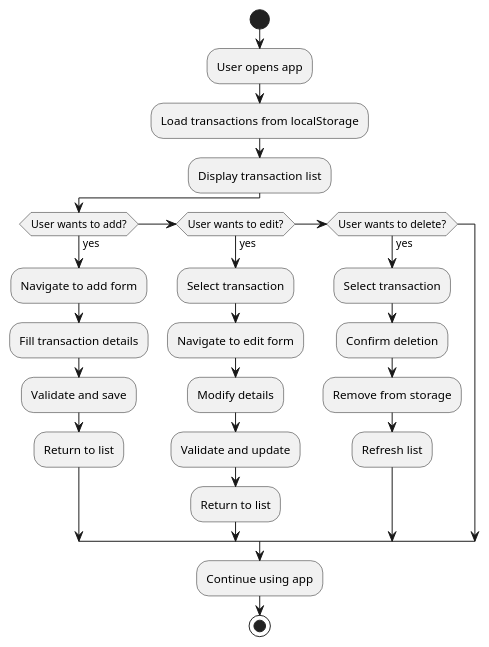
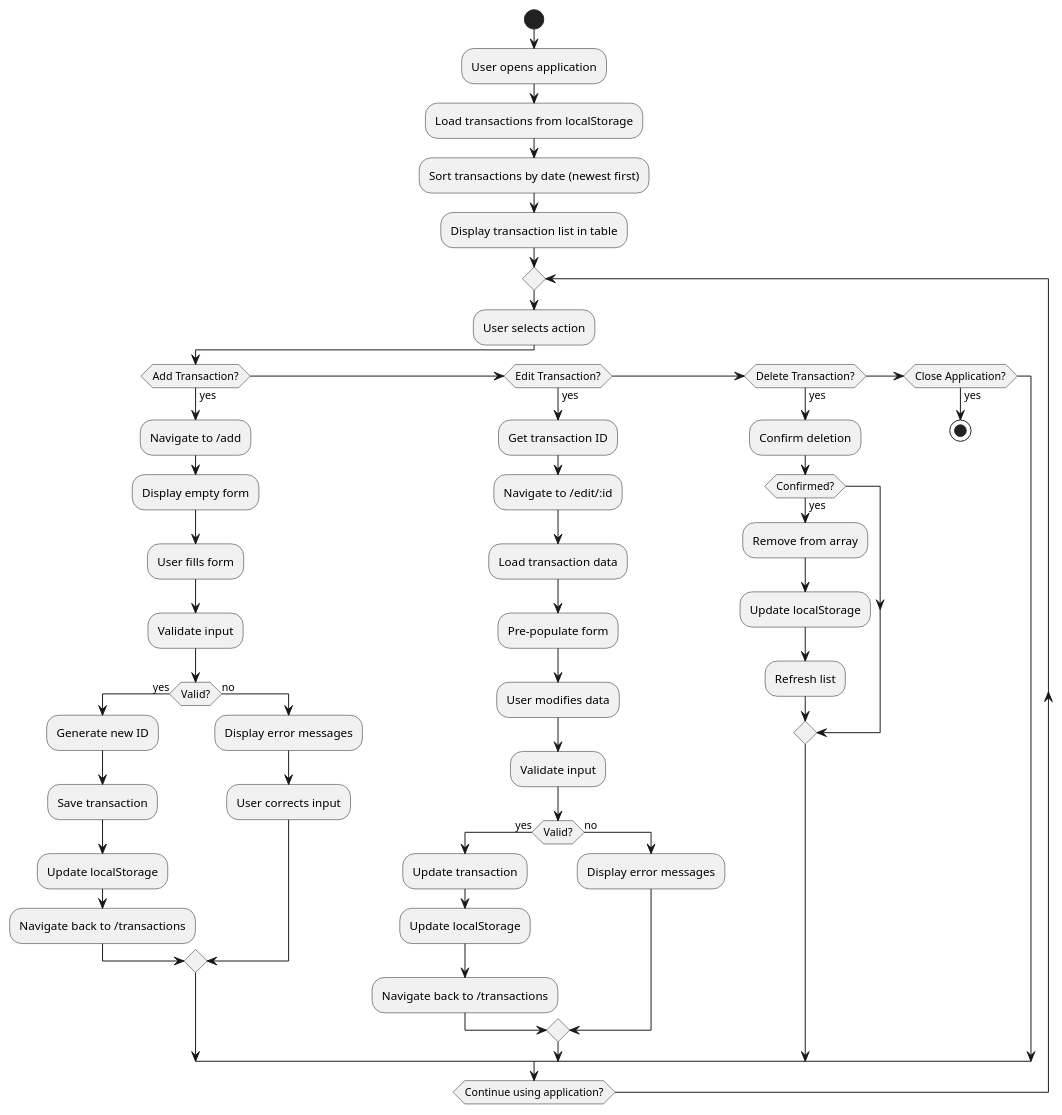
The second of 14 diagrams in README.md (MarchianTz/test_subj), drawn with PlantUML before and after one commit. The commit also changed other lines of this file, not shown here.

````diff
--- a/README.md
+++ b/README.md
@@ -134,29 +210,56 @@
 ```plantuml
-@startuml Activity Diagram
+@startuml Activity Diagram - Main Workflow
 start
-:User opens app;
+:User opens application;
+
 :Load transactions from localStorage;
-:Display transaction list;
+:Sort transactions by date (newest first);
+:Display transaction list in table;
 
-if (User wants to add?) then (yes)
-    :Navigate to add form;
-    :Fill transaction details;
-    :Validate and save;
-    :Return to list;
-else if (User wants to edit?) then (yes)
-    :Select transaction;
-    :Navigate to edit form;
-    :Modify details;
-    :Validate and update;
-    :Return to list;
-else if (User wants to delete?) then (yes)
-    :Select transaction;
-    :Confirm deletion;
-    :Remove from storage;
-    :Refresh list;
-endif
-
-:Continue using app;
-stop
+repeat
+    :User selects action;
+    
+    if (Add Transaction?) then (yes)
+        :Navigate to /add;
+        :Display empty form;
+        :User fills form;
+        :Validate input;
+        if (Valid?) then (yes)
+            :Generate new ID;
+            :Save transaction;
+            :Update localStorage;
+            :Navigate back to /transactions;
+        else (no)
+            :Display error messages;
+            :User corrects input;
+        endif
+        
+    elseif (Edit Transaction?) then (yes)
+        :Get transaction ID;
+        :Navigate to /edit/:id;
+        :Load transaction data;
+        :Pre-populate form;
+        :User modifies data;
+        :Validate input;
+        if (Valid?) then (yes)
+            :Update transaction;
+            :Update localStorage;
+            :Navigate back to /transactions;
+        else (no)
+            :Display error messages;
+        endif
+        
+    elseif (Delete Transaction?) then (yes)
+        :Confirm deletion;
+        if (Confirmed?) then (yes)
+            :Remove from array;
+            :Update localStorage;
+            :Refresh list;
+        endif
+        
+    elseif (Close Application?) then (yes)
+        stop
+    endif
+repeat while (Continue using application?)
 @enduml
 ```
````
